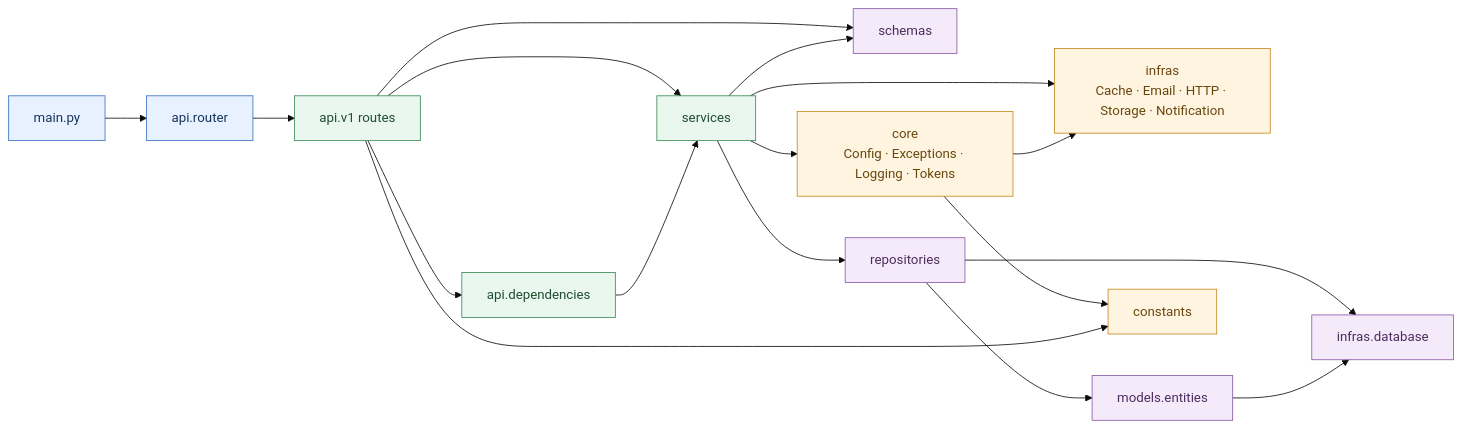
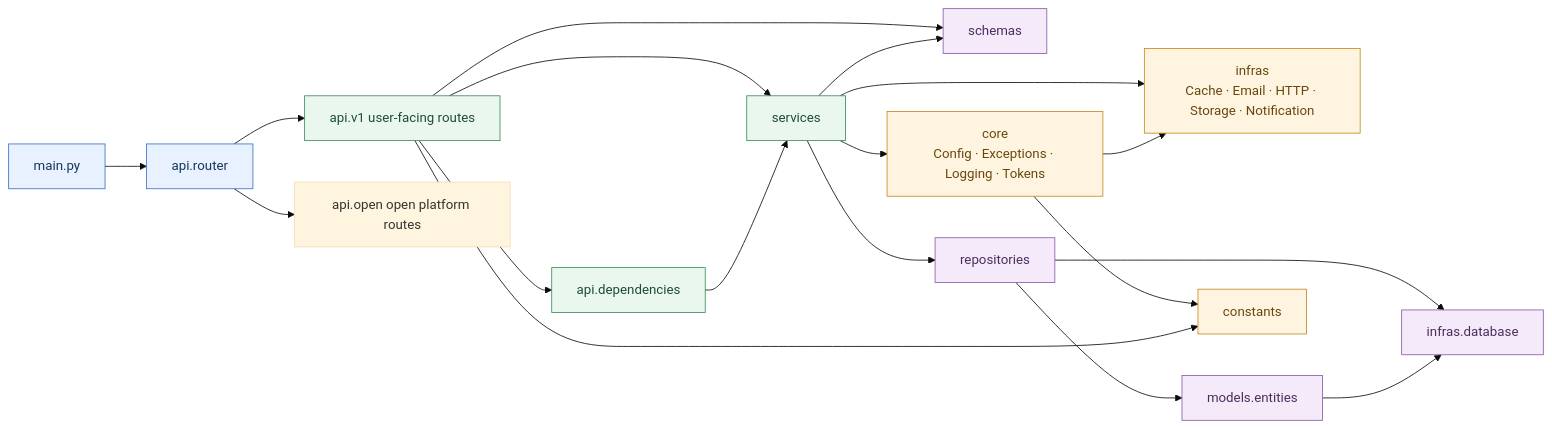
One commit to cross-lang/x-HanJiang changed the third of 3 diagrams in README.en.md. Above: the diagram before and after it, drawn with Mermaid (base theme). The commit also changed other lines of this file and 1 other file, not shown here.

````diff
--- a/README.en.md
+++ b/README.en.md
@@ -312,31 +335,32 @@
 ```mermaid
 flowchart LR
   Main[main.py] --> Router[api.router]
-  Router --> API[api.v1 routes]
+  Router --> API[api.v1 user-facing routes]
+  Router --> OpenAPI[api.open open platform routes]
   API --> Dependencies[api.dependencies]
   API --> Schemas[schemas]
   API --> Services[services]
 
   Dependencies --> Services
   Services --> Repositories[repositories]
   Services --> Schemas
   Services --> Core[core<br/>Config · Exceptions · Logging · Tokens]
   Services --> Infra[infras<br/>Cache · Email · HTTP · Storage · Notification]
 
   Repositories --> Entities[models.entities]
   Repositories --> Database[infras.database]
   Entities --> Database
   Core --> Infra
   Core --> Constants[constants]
   API --> Constants
 
   classDef entry fill:#e8f1ff,stroke:#3973c6,color:#16345c;
   classDef app fill:#eaf7ef,stroke:#3b8c5a,color:#1f4d31;
   classDef support fill:#fff4df,stroke:#c68a22,color:#68470f;
   classDef data fill:#f5eafa,stroke:#8b5ba7,color:#4b2d5d;
 
   class Main,Router entry;
   class API,Dependencies,Services app;
   class Core,Infra,Constants support;
   class Repositories,Entities,Database,Schemas data;
 ```
````
